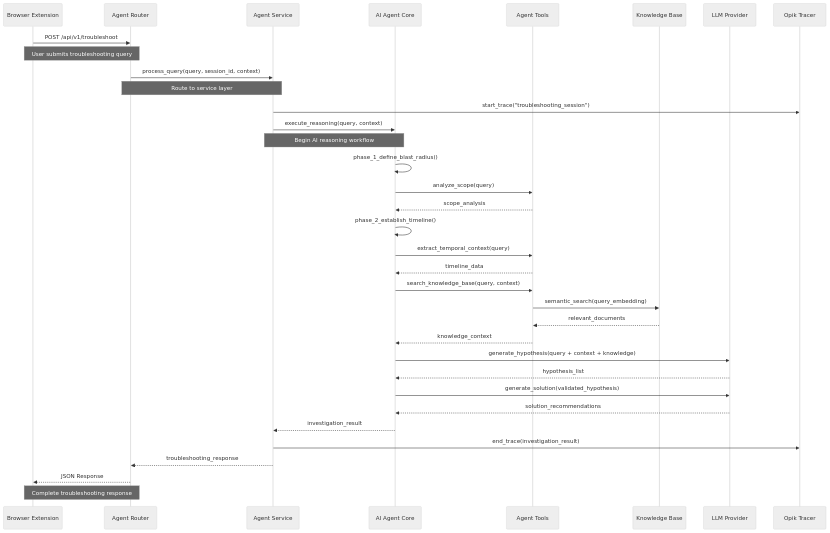
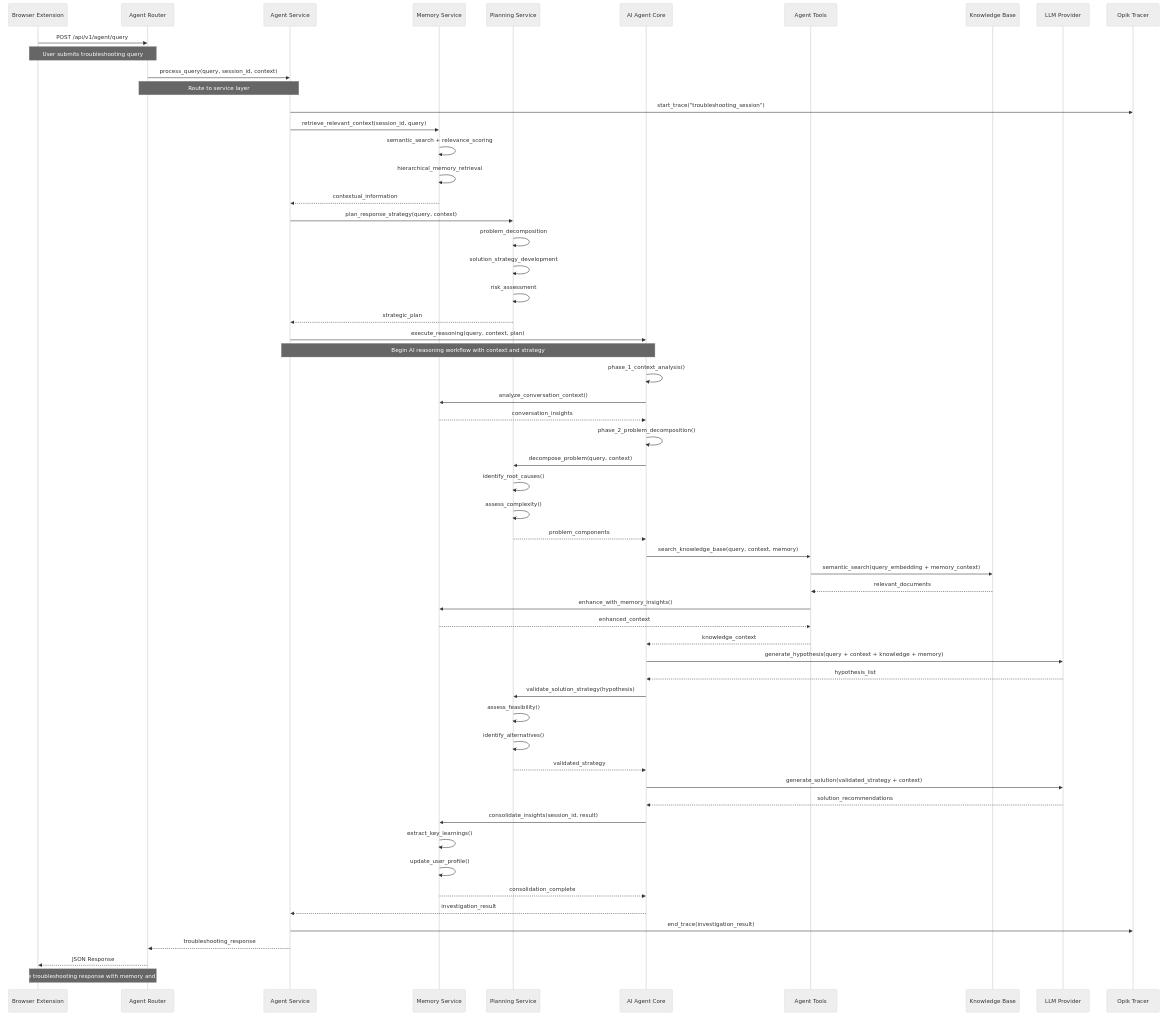
The first of 10 diagrams in docs/architecture/COMPONENT_INTERACTIONS.md (FaultMaven/FaultMaven-Mono), drawn with Mermaid (neutral theme) before and after one commit. The commit also changed other lines of this file and 131 other files, not shown here.

Commit message:
feat: major upgrade in memory menagement, planning and communication capabilities

````diff
--- a/docs/architecture/COMPONENT_INTERACTIONS.md
+++ b/docs/architecture/COMPONENT_INTERACTIONS.md
@@ -11,50 +11,81 @@
     participant Browser as Browser Extension
     participant Agent as Agent Router
     participant Service as Agent Service
+    participant Memory as Memory Service
+    participant Planning as Planning Service
     participant Core as AI Agent Core
     participant Tools as Agent Tools
     participant KB as Knowledge Base
     participant LLM as LLM Provider
     participant Tracer as Opik Tracer
     
-    Browser->>Agent: POST /api/v1/troubleshoot
+    Browser->>Agent: POST /api/v1/agent/query
     note over Browser,Agent: User submits troubleshooting query
     
     Agent->>Service: process_query(query, session_id, context)
     note over Agent,Service: Route to service layer
     
     Service->>Tracer: start_trace("troubleshooting_session")
-    Service->>Core: execute_reasoning(query, context)
-    note over Service,Core: Begin AI reasoning workflow
     
-    %% Phase 1: Define Blast Radius
-    Core->>Core: phase_1_define_blast_radius()
-    Core->>Tools: analyze_scope(query)
-    Tools-->>Core: scope_analysis
+    %% Memory and Context Retrieval
+    Service->>Memory: retrieve_relevant_context(session_id, query)
+    Memory->>Memory: semantic_search + relevance_scoring
+    Memory->>Memory: hierarchical_memory_retrieval
+    Memory-->>Service: contextual_information
     
-    %% Phase 2: Establish Timeline
-    Core->>Core: phase_2_establish_timeline()
-    Core->>Tools: extract_temporal_context(query)
-    Tools-->>Core: timeline_data
+    %% Strategic Planning
+    Service->>Planning: plan_response_strategy(query, context)
+    Planning->>Planning: problem_decomposition
+    Planning->>Planning: solution_strategy_development
+    Planning->>Planning: risk_assessment
+    Planning-->>Service: strategic_plan
     
-    %% Phase 3: Knowledge Search
-    Core->>Tools: search_knowledge_base(query, context)
-    Tools->>KB: semantic_search(query_embedding)
+    Service->>Core: execute_reasoning(query, context, plan)
+    note over Service,Core: Begin AI reasoning workflow with context and strategy
+    
+    %% Phase 1: Memory-Enhanced Context Analysis
+    Core->>Core: phase_1_context_analysis()
+    Core->>Memory: analyze_conversation_context()
+    Memory-->>Core: conversation_insights
+    
+    %% Phase 2: Strategic Problem Decomposition
+    Core->>Core: phase_2_problem_decomposition()
+    Core->>Planning: decompose_problem(query, context)
+    Planning->>Planning: identify_root_causes()
+    Planning->>Planning: assess_complexity()
+    Planning-->>Core: problem_components
+    
+    %% Phase 3: Knowledge Search with Memory
+    Core->>Tools: search_knowledge_base(query, context, memory)
+    Tools->>KB: semantic_search(query_embedding + memory_context)
     KB-->>Tools: relevant_documents
+    Tools->>Memory: enhance_with_memory_insights()
+    Memory-->>Tools: enhanced_context
     Tools-->>Core: knowledge_context
     
-    %% Phase 4: Hypothesis Formation
-    Core->>LLM: generate_hypothesis(query + context + knowledge)
+    %% Phase 4: LLM-Enhanced Hypothesis Formation
+    Core->>LLM: generate_hypothesis(query + context + knowledge + memory)
     LLM-->>Core: hypothesis_list
     
-    %% Phase 5: Solution Generation
-    Core->>LLM: generate_solution(validated_hypothesis)
+    %% Phase 5: Planning-Driven Solution Generation
+    Core->>Planning: validate_solution_strategy(hypothesis)
+    Planning->>Planning: assess_feasibility()
+    Planning->>Planning: identify_alternatives()
+    Planning-->>Core: validated_strategy
+    
+    Core->>LLM: generate_solution(validated_strategy + context)
     LLM-->>Core: solution_recommendations
+    
+    %% Memory Consolidation
+    Core->>Memory: consolidate_insights(session_id, result)
+    Memory->>Memory: extract_key_learnings()
+    Memory->>Memory: update_user_profile()
+    Memory-->>Core: consolidation_complete
     
     Core-->>Service: investigation_result
     Service->>Tracer: end_trace(investigation_result)
     Service-->>Agent: troubleshooting_response
     Agent-->>Browser: JSON Response
     
-    note over Browser,Agent: Complete troubleshooting response
+    note over Browser,Agent: Complete troubleshooting response with memory and planning
 ```
````
